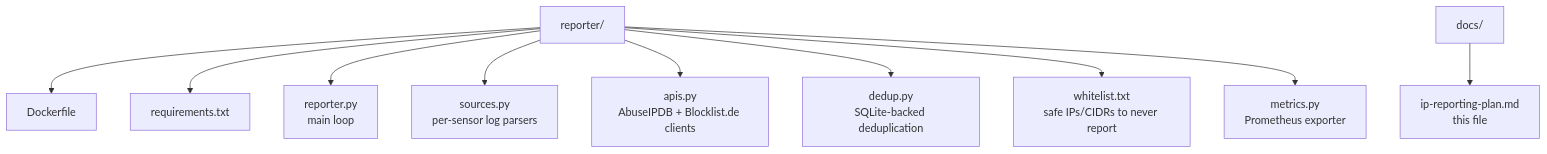
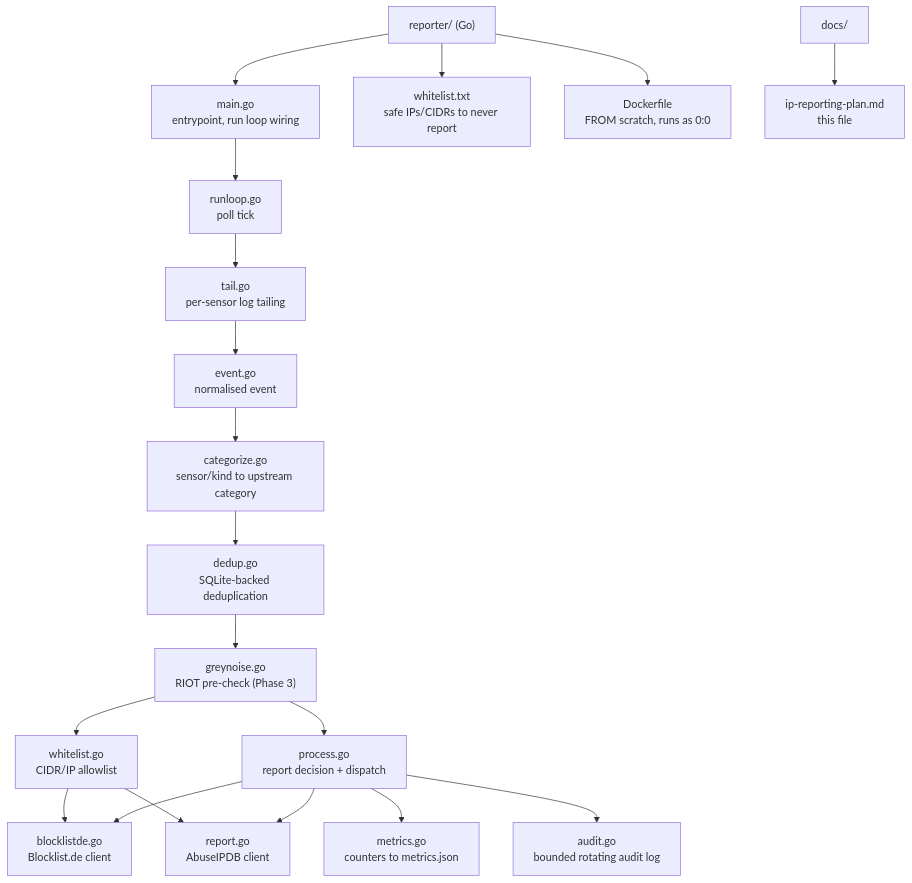
The second of 2 diagrams in docs/ip-reporting-plan.md (Xore/APIARY), drawn with Mermaid before and after one commit. The commit also changed other lines of this file and 84 other files, not shown here.

First line of the commit message:
docs: reconcile 43 markdown files with the current repository state, and gate diagram/link rot (#3398)

````diff
--- a/docs/ip-reporting-plan.md
+++ b/docs/ip-reporting-plan.md
@@ -225,13 +243,22 @@
 ```mermaid
 flowchart TD
-    ReporterDir["reporter/"] --> Dockerfile["Dockerfile"]
-    ReporterDir --> Requirements["requirements.txt"]
-    ReporterDir --> ReporterPy["reporter.py<br/>main loop"]
-    ReporterDir --> SourcesPy["sources.py<br/>per-sensor log parsers"]
-    ReporterDir --> ApisPy["apis.py<br/>AbuseIPDB + Blocklist.de clients"]
-    ReporterDir --> DedupPy["dedup.py<br/>SQLite-backed deduplication"]
+    ReporterDir["reporter/ (Go)"] --> MainGo["main.go<br/>entrypoint, run loop wiring"]
+    MainGo --> RunloopGo["runloop.go<br/>poll tick"]
+    RunloopGo --> TailGo["tail.go<br/>per-sensor log tailing"]
+    TailGo --> EventGo["event.go<br/>normalised event"]
+    EventGo --> CategorizeGo["categorize.go<br/>sensor/kind to upstream category"]
+    CategorizeGo --> DedupGo["dedup.go<br/>SQLite-backed deduplication"]
+    DedupGo --> GreynoiseGo["greynoise.go<br/>RIOT pre-check (Phase 3)"]
+    GreynoiseGo --> WhitelistGo["whitelist.go<br/>CIDR/IP allowlist"]
+    WhitelistGo --> BlocklistdeGo["blocklistde.go<br/>Blocklist.de client"]
+    WhitelistGo --> ReportGo["report.go<br/>AbuseIPDB client"]
+    GreynoiseGo --> ProcessGo["process.go<br/>report decision + dispatch"]
+    ProcessGo --> ReportGo
+    ProcessGo --> BlocklistdeGo
+    ProcessGo --> MetricsGo["metrics.go<br/>counters to metrics.json"]
+    ProcessGo --> AuditGo["audit.go<br/>bounded rotating audit log"]
     ReporterDir --> WhitelistTxt["whitelist.txt<br/>safe IPs/CIDRs to never report"]
-    ReporterDir --> MetricsPy["metrics.py<br/>Prometheus exporter"]
+    ReporterDir --> Dockerfile["Dockerfile<br/>FROM scratch, runs as 0:0"]
 
     DocsDir["docs/"] --> PlanMd["ip-reporting-plan.md<br/>this file"]
 ```
````
